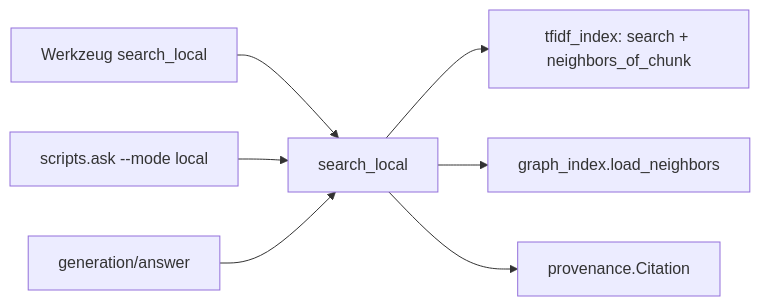
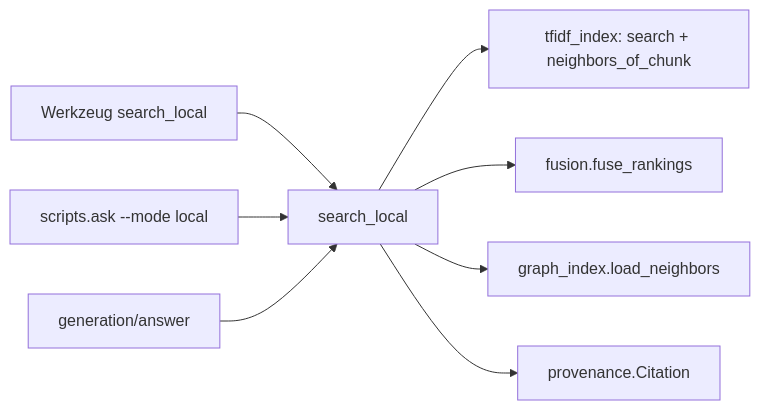
The second of 2 diagrams in src/research_graphrag/retrieval/doc/local.md (MomoEngineer/research-graphrag), drawn with Mermaid before and after one commit. The commit also changed other lines of this file and 29 other files, not shown here.

````diff
--- a/src/research_graphrag/retrieval/doc/local.md
+++ b/src/research_graphrag/retrieval/doc/local.md
@@ -90,9 +114,10 @@
 ```mermaid
 flowchart LR
     TOOL["Werkzeug search_local"] --> SL["search_local"]
     CLI["scripts.ask --mode local"] --> SL
     ANS["generation/answer"] --> SL
     SL --> IX["tfidf_index: search + neighbors_of_chunk"]
+    SL --> FU["fusion.fuse_rankings"]
     SL --> GI["graph_index.load_neighbors"]
     SL --> PR["provenance.Citation"]
 ```
````
